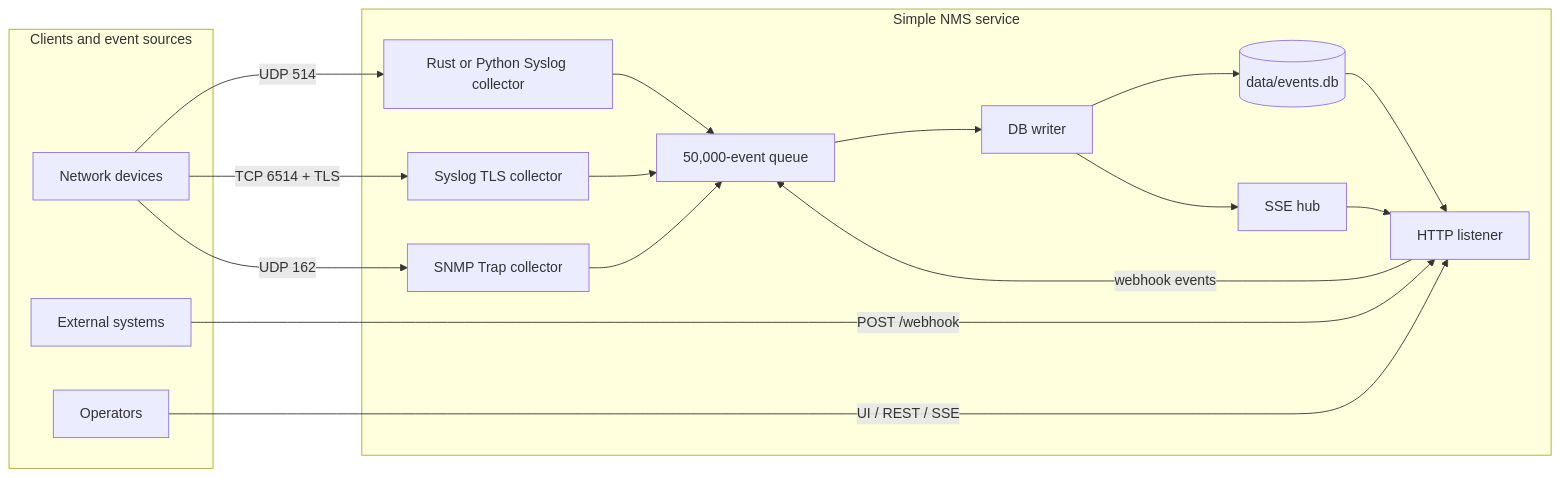
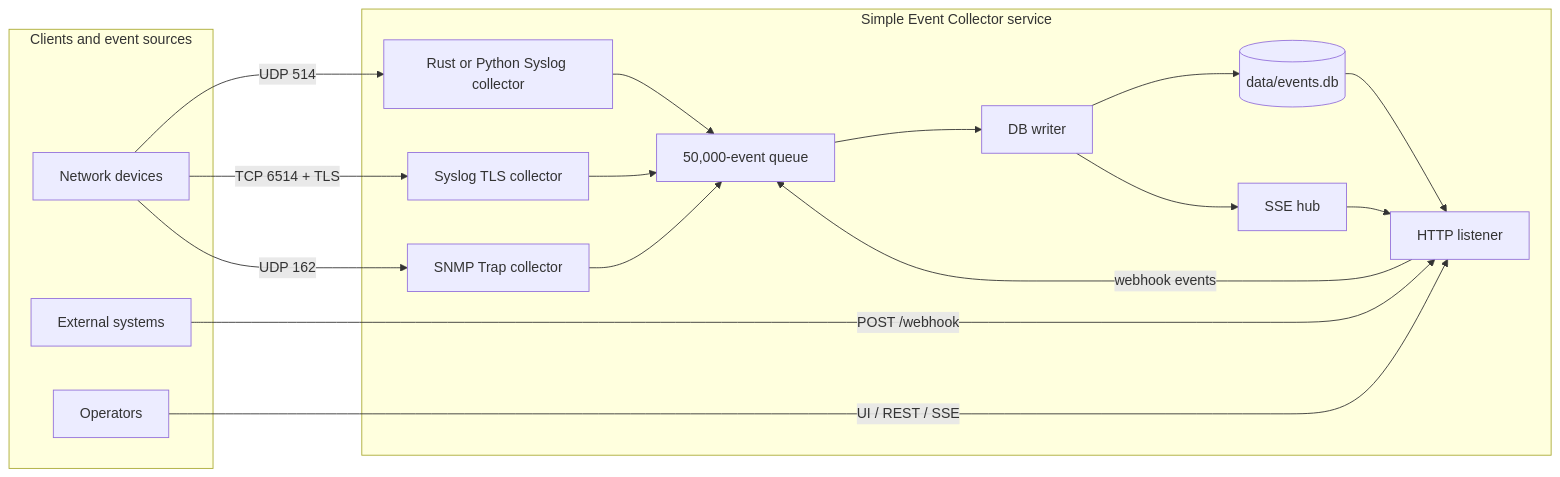
The diagram in docs/INSTALL.md (echoapus/simple-nms), drawn with Mermaid before and after one commit. The commit also changed other lines of this file and 41 other files, not shown here.

First line of the commit message:
Rename to Simple Event Collector (technical name: sieco)

````diff
--- a/docs/INSTALL.md
+++ b/docs/INSTALL.md
@@ -17,30 +17,30 @@
 ```mermaid
 flowchart LR
     subgraph SOURCES[Clients and event sources]
         DEVICES[Network devices]
         SYSTEMS[External systems]
         ADMINS[Operators]
     end
 
-    subgraph PROCESS[Simple NMS service]
+    subgraph PROCESS[Simple Event Collector service]
         SYSLOG[Rust or Python Syslog collector]
         TLS[Syslog TLS collector]
         SNMP[SNMP Trap collector]
         HTTP[HTTP listener]
         SYSLOG --> Q[50,000-event queue]
         TLS --> Q
         SNMP --> Q
         HTTP -->|webhook events| Q
         Q --> WRITER[DB writer]
         WRITER --> DB[(data/events.db)]
         DB --> HTTP
         WRITER --> SSE[SSE hub]
         SSE --> HTTP
     end
 
     DEVICES -->|UDP 514| SYSLOG
     DEVICES -->|TCP 6514 + TLS| TLS
     DEVICES -->|UDP 162| SNMP
     SYSTEMS -->|POST /webhook| HTTP
     ADMINS -->|UI / REST / SSE| HTTP
 ```
````
